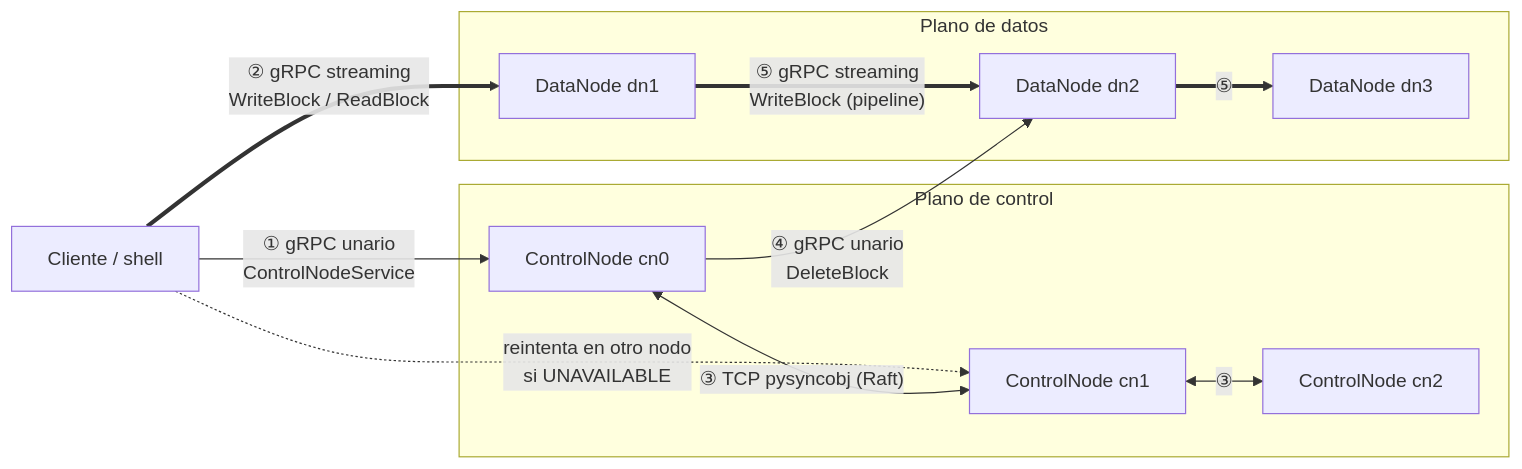
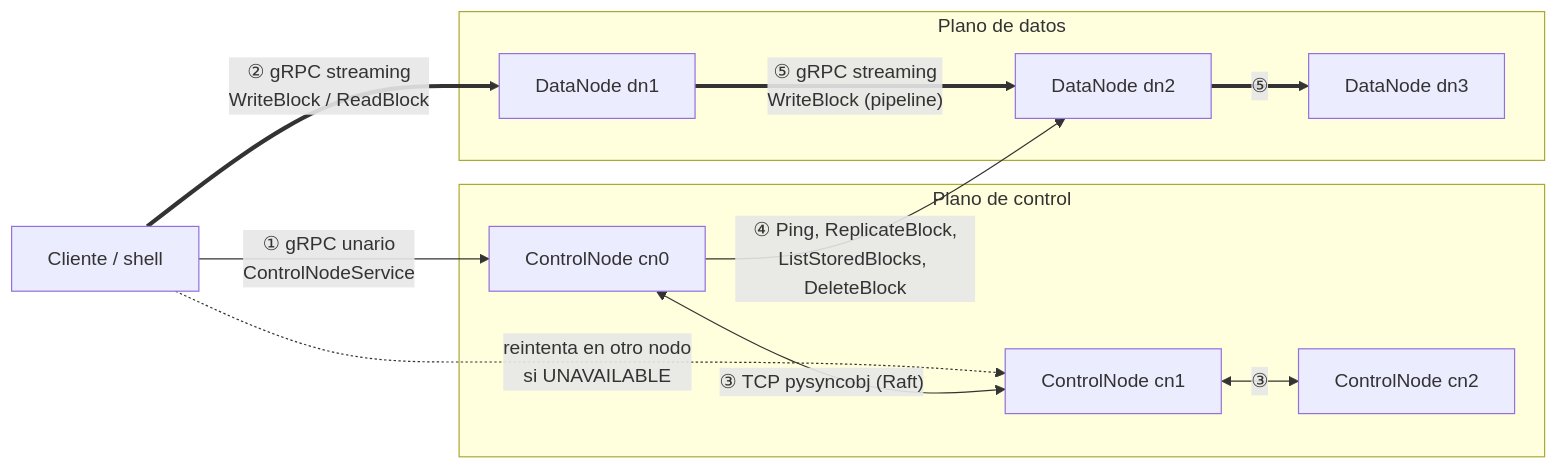
Before and after one commit to JeanArdila711/proyecto1-sd: the first of 6 diagrams in docs/especificacion-comunicaciones.md, drawn with Mermaid. The commit also changed other lines of this file and 4 other files, not shown here.

Commit message:
Documentación al cierre del Hito 3: guía, README, estado, especificación y diagrama

````diff
--- a/docs/especificacion-comunicaciones.md
+++ b/docs/especificacion-comunicaciones.md
@@ -11,22 +11,22 @@
 ```mermaid
 flowchart LR
     C[Cliente / shell]
     subgraph Control["Plano de control"]
         CN0[ControlNode cn0]
         CN1[ControlNode cn1]
         CN2[ControlNode cn2]
     end
     subgraph Datos["Plano de datos"]
         DN1[DataNode dn1]
         DN2[DataNode dn2]
         DN3[DataNode dn3]
     end
     C -- "① gRPC unario<br/>ControlNodeService" --> CN0
     C -. "reintenta en otro nodo<br/>si UNAVAILABLE" .-> CN1
     C == "② gRPC streaming<br/>WriteBlock / ReadBlock" ==> DN1
     CN0 <-- "③ TCP pysyncobj (Raft)" --> CN1
     CN1 <-- "③" --> CN2
-    CN0 -- "④ gRPC unario<br/>DeleteBlock" --> DN2
+    CN0 -- "④ Ping, ReplicateBlock,<br/>ListStoredBlocks, DeleteBlock" --> DN2
     DN1 == "⑤ gRPC streaming<br/>WriteBlock (pipeline)" ==> DN2
     DN2 == "⑤" ==> DN3
 ```
````
